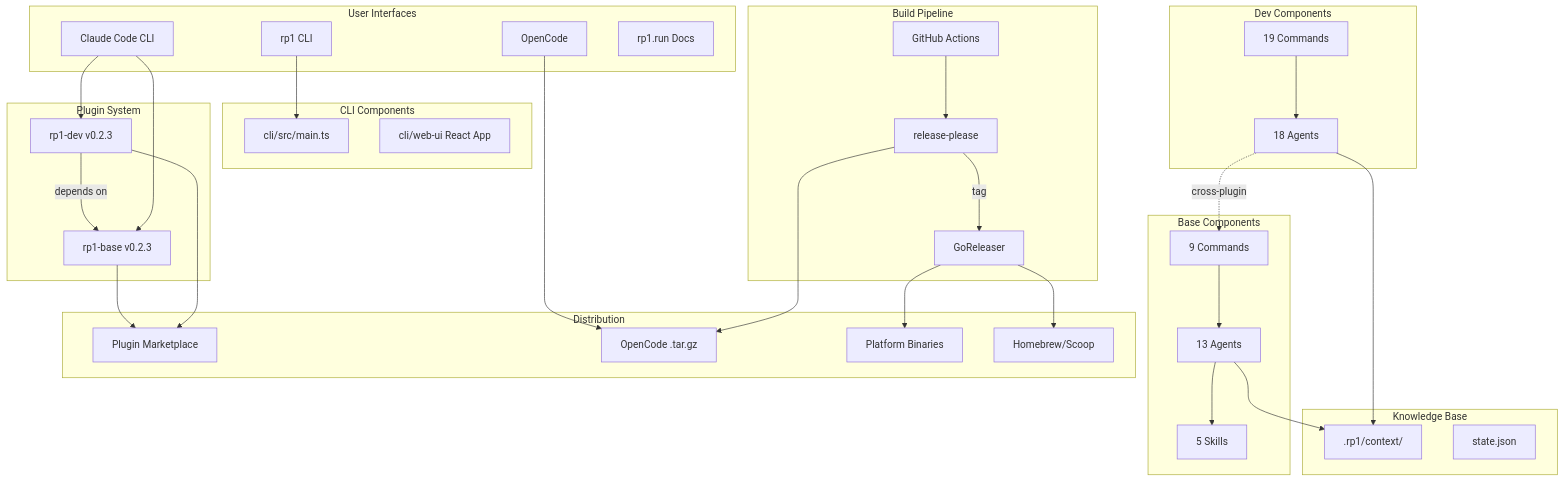
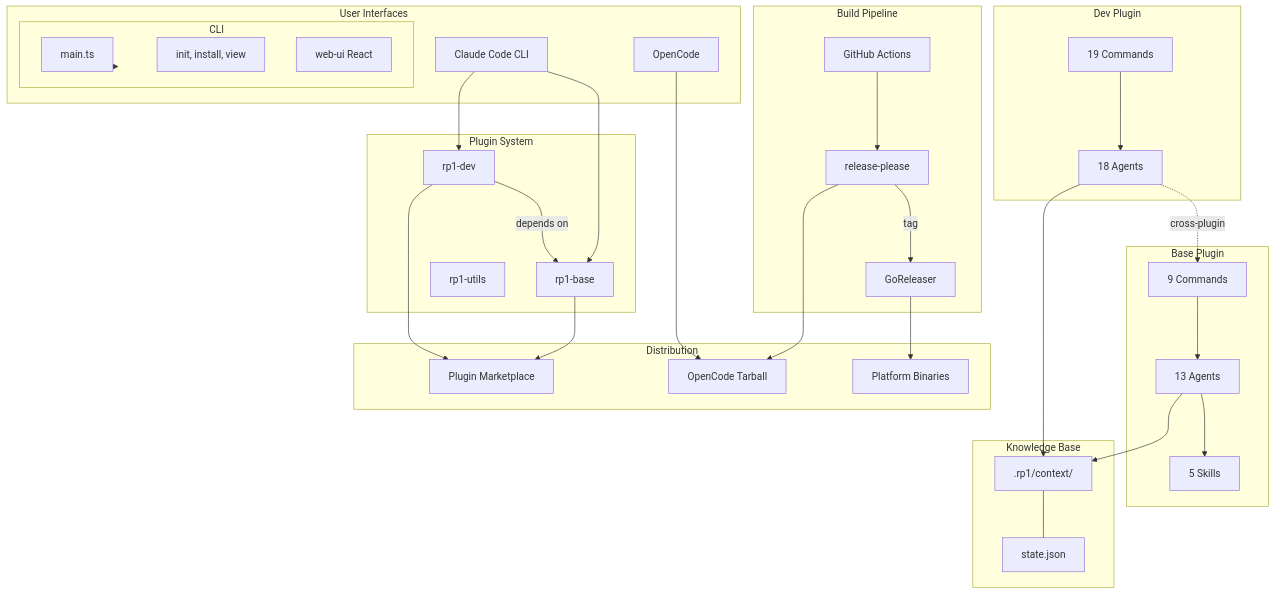
The first of 4 diagrams in .rp1/context/architecture.md (rp1-run/rp1), drawn with Mermaid before and after one commit. The commit also changed other lines of this file and 5 other files, not shown here.

````diff
--- a/.rp1/context/architecture.md
+++ b/.rp1/context/architecture.md
@@ -10,69 +9,69 @@
 ```mermaid
 graph TB
     subgraph "User Interfaces"
         CC[Claude Code CLI]
         OC[OpenCode]
         CLI[rp1 CLI]
-        Web[rp1.run Docs]
     end
 
     subgraph "Plugin System"
-        Base[rp1-base v0.2.3]
-        Dev[rp1-dev v0.2.3]
+        Base[rp1-base]
+        Dev[rp1-dev]
+        Utils[rp1-utils]
         Dev -->|depends on| Base
     end
 
-    subgraph "Base Components"
+    subgraph "Base Plugin"
         BaseCmd[9 Commands]
         BaseAgents[13 Agents]
         Skills[5 Skills]
         BaseCmd --> BaseAgents
         BaseAgents --> Skills
     end
 
-    subgraph "Dev Components"
+    subgraph "Dev Plugin"
         DevCmd[19 Commands]
         DevAgents[18 Agents]
         DevCmd --> DevAgents
+        DevAgents -.->|cross-plugin| BaseCmd
     end
 
-    subgraph "CLI Components"
-        CLIMain[cli/src/main.ts]
-        WebUI[cli/web-ui React App]
+    subgraph "CLI"
+        CLIMain[main.ts]
+        Commands[init, install, view]
+        WebUI[web-ui React]
+    end
+
+    subgraph "Knowledge Base"
+        KB[.rp1/context/]
+        State[state.json]
+        KB --- State
     end
 
     subgraph "Build Pipeline"
         GH[GitHub Actions]
         RP[release-please]
         GR[GoReleaser]
         GH --> RP
         RP -->|tag| GR
     end
 
     subgraph "Distribution"
         Marketplace[Plugin Marketplace]
-        Tarball[OpenCode .tar.gz]
+        Tarball[OpenCode Tarball]
         Binaries[Platform Binaries]
-        Homebrew[Homebrew/Scoop]
-    end
-
-    subgraph "Knowledge Base"
-        KB[.rp1/context/]
-        State[state.json]
     end
 
     CC --> Base
     CC --> Dev
     OC --> Tarball
     CLI --> CLIMain
 
     BaseAgents --> KB
     DevAgents --> KB
-    DevAgents -.->|cross-plugin| BaseCmd
 
     GR --> Binaries
-    GR --> Homebrew
     Base --> Marketplace
     Dev --> Marketplace
     RP --> Tarball
 ```
````
